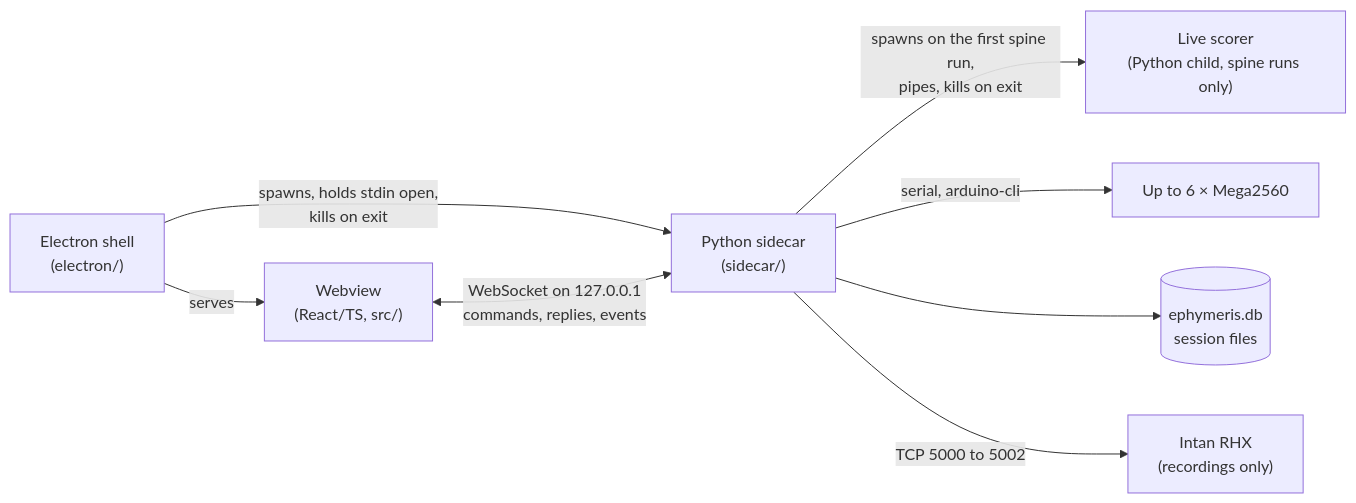
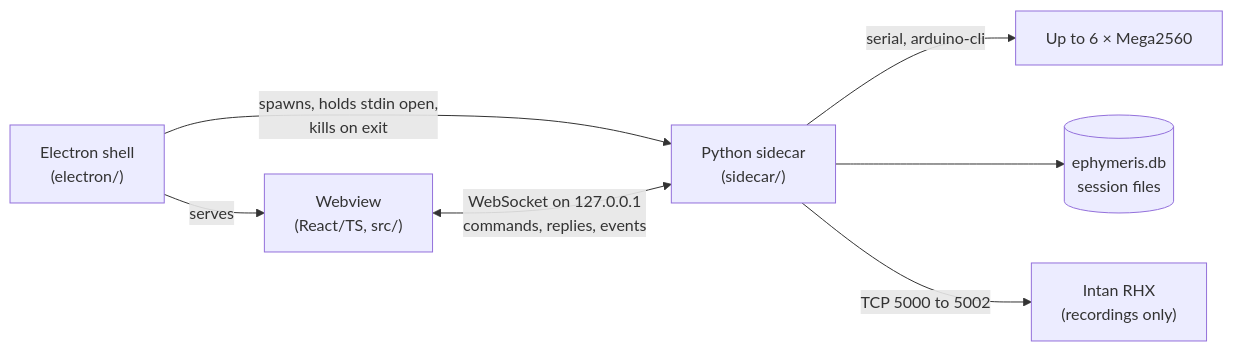
One commit to Chase-NJ/Ephymeris changed the first of 8 diagrams in docs/ARCHITECTURE.md. Above: the diagram before and after it, drawn with Mermaid. The commit also changed other lines of this file and 242 other files, not shown here.

````diff
--- a/docs/ARCHITECTURE.md
+++ b/docs/ARCHITECTURE.md
@@ -24,17 +24,15 @@
 ```mermaid
 flowchart LR
     shell["Electron shell<br/>(electron/)"]
     webview["Webview<br/>(React/TS, src/)"]
     sidecar["Python sidecar<br/>(sidecar/)"]
     boards["Up to 6 × Mega2560"]
     store[("ephymeris.db<br/>session files")]
     rhx["Intan RHX<br/>(recordings only)"]
-    scorer["Live scorer<br/>(Python child, spine runs only)"]
     shell -->|"spawns, holds stdin open,<br/>kills on exit"| sidecar
-    sidecar -->|"spawns on the first spine run,<br/>pipes, kills on exit"| scorer
     shell -->|"serves"| webview
     webview <-->|"WebSocket on 127.0.0.1<br/>commands, replies, events"| sidecar
     sidecar -->|"serial, arduino-cli"| boards
     sidecar --> store
     sidecar -->|"TCP 5000 to 5002"| rhx
 ```
````
